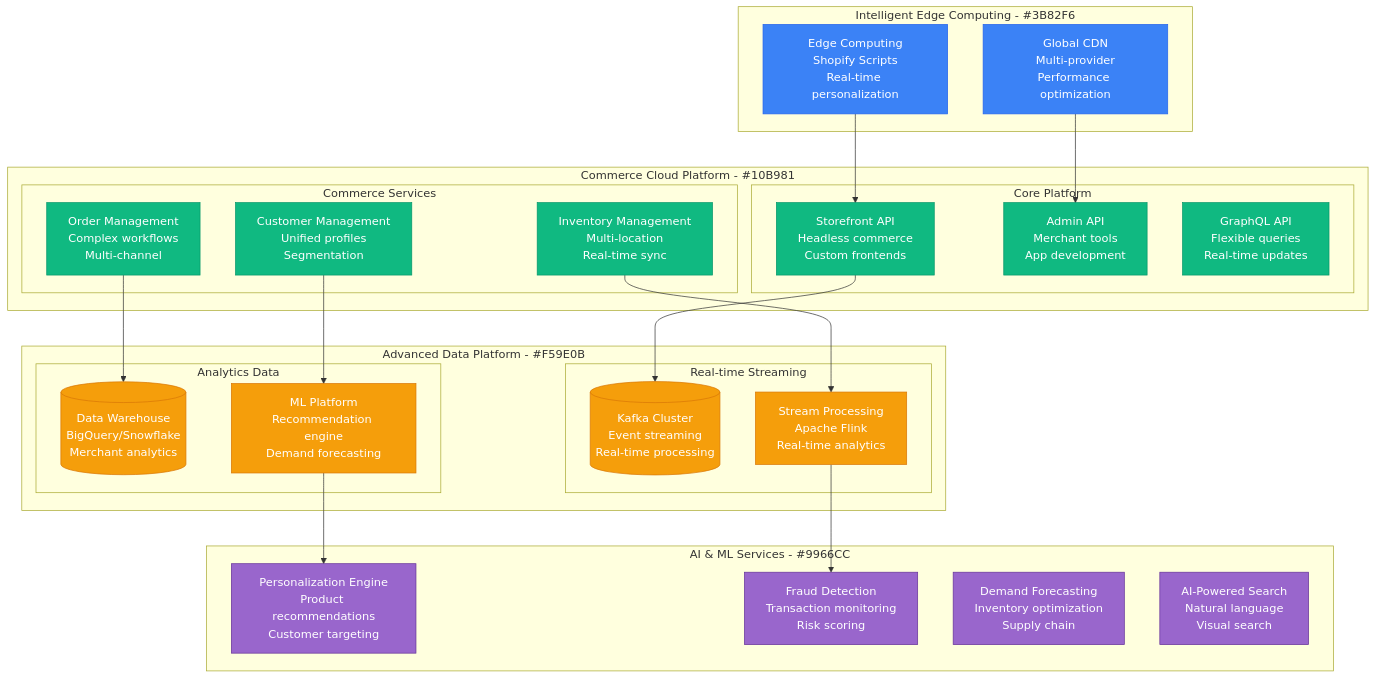
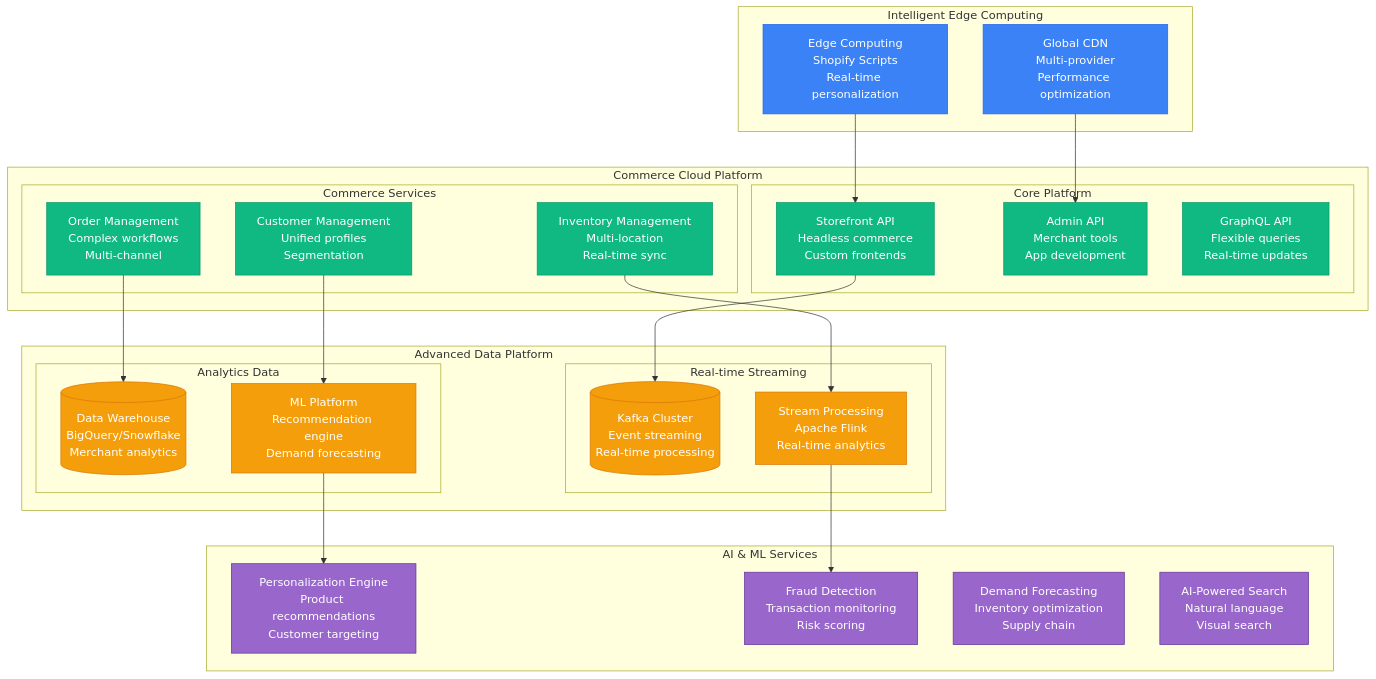
Before and after one commit to deepaucksharma/DS: the fourth of 4 diagrams in site/docs/scaling/shopify-scale-evolution.md, drawn with Mermaid. The commit also changed other lines of this file and 169 other files, not shown here.

````diff
--- a/site/docs/scaling/shopify-scale-evolution.md
+++ b/site/docs/scaling/shopify-scale-evolution.md
@@ -203,60 +203,60 @@
 ```mermaid
 graph TB
-    subgraph IntelligentEdge[Intelligent Edge Computing - #3B82F6]
+    subgraph IntelligentEdge["Intelligent Edge Computing"]
         EDGE_COMPUTE[Edge Computing<br/>Shopify Scripts<br/>Real-time personalization]
         GLOBAL_CDN[Global CDN<br/>Multi-provider<br/>Performance optimization]
     end
 
-    subgraph CommerceCloud[Commerce Cloud Platform - #10B981]
+    subgraph CommerceCloud["Commerce Cloud Platform"]
         subgraph CorePlatform[Core Platform]
             STOREFRONT_API[Storefront API<br/>Headless commerce<br/>Custom frontends]
             ADMIN_API[Admin API<br/>Merchant tools<br/>App development]
             GRAPHQL_API[GraphQL API<br/>Flexible queries<br/>Real-time updates]
         end
 
         subgraph CommerceServices[Commerce Services]
             INVENTORY_MGMT[Inventory Management<br/>Multi-location<br/>Real-time sync]
             ORDER_MGMT[Order Management<br/>Complex workflows<br/>Multi-channel]
             CUSTOMER_MGMT[Customer Management<br/>Unified profiles<br/>Segmentation]
         end
     end
 
-    subgraph AdvancedData[Advanced Data Platform - #F59E0B]
+    subgraph AdvancedData["Advanced Data Platform"]
         subgraph StreamingData[Real-time Streaming]
             KAFKA_CLUSTER[(Kafka Cluster<br/>Event streaming<br/>Real-time processing)]
             STREAM_PROCESSING[Stream Processing<br/>Apache Flink<br/>Real-time analytics]
         end
 
         subgraph AnalyticsData[Analytics Data]
             DATA_WAREHOUSE[(Data Warehouse<br/>BigQuery/Snowflake<br/>Merchant analytics)]
             ML_PLATFORM[ML Platform<br/>Recommendation engine<br/>Demand forecasting]
         end
     end
 
-    subgraph AIServices[AI & ML Services - #9966CC]
+    subgraph AIServices["AI & ML Services"]
         PERSONALIZATION[Personalization Engine<br/>Product recommendations<br/>Customer targeting]
         FRAUD_DETECTION[Fraud Detection<br/>Transaction monitoring<br/>Risk scoring]
         DEMAND_FORECASTING[Demand Forecasting<br/>Inventory optimization<br/>Supply chain]
         SEARCH_AI[AI-Powered Search<br/>Natural language<br/>Visual search]
     end
 
     EDGE_COMPUTE --> STOREFRONT_API
     GLOBAL_CDN --> ADMIN_API
     STOREFRONT_API --> KAFKA_CLUSTER
     INVENTORY_MGMT --> STREAM_PROCESSING
     ORDER_MGMT --> DATA_WAREHOUSE
     CUSTOMER_MGMT --> ML_PLATFORM
 
     ML_PLATFORM --> PERSONALIZATION
     STREAM_PROCESSING --> FRAUD_DETECTION
 
     classDef edgeStyle fill:#3B82F6,stroke:#2563EB,color:#fff
     classDef serviceStyle fill:#10B981,stroke:#059669,color:#fff
     classDef dataStyle fill:#F59E0B,stroke:#D97706,color:#fff
     classDef aiStyle fill:#9966CC,stroke:#663399,color:#fff
 
     class EDGE_COMPUTE,GLOBAL_CDN edgeStyle
     class STOREFRONT_API,ADMIN_API,GRAPHQL_API,INVENTORY_MGMT,ORDER_MGMT,CUSTOMER_MGMT serviceStyle
     class KAFKA_CLUSTER,STREAM_PROCESSING,DATA_WAREHOUSE,ML_PLATFORM dataStyle
     class PERSONALIZATION,FRAUD_DETECTION,DEMAND_FORECASTING,SEARCH_AI aiStyle
 ```
````
